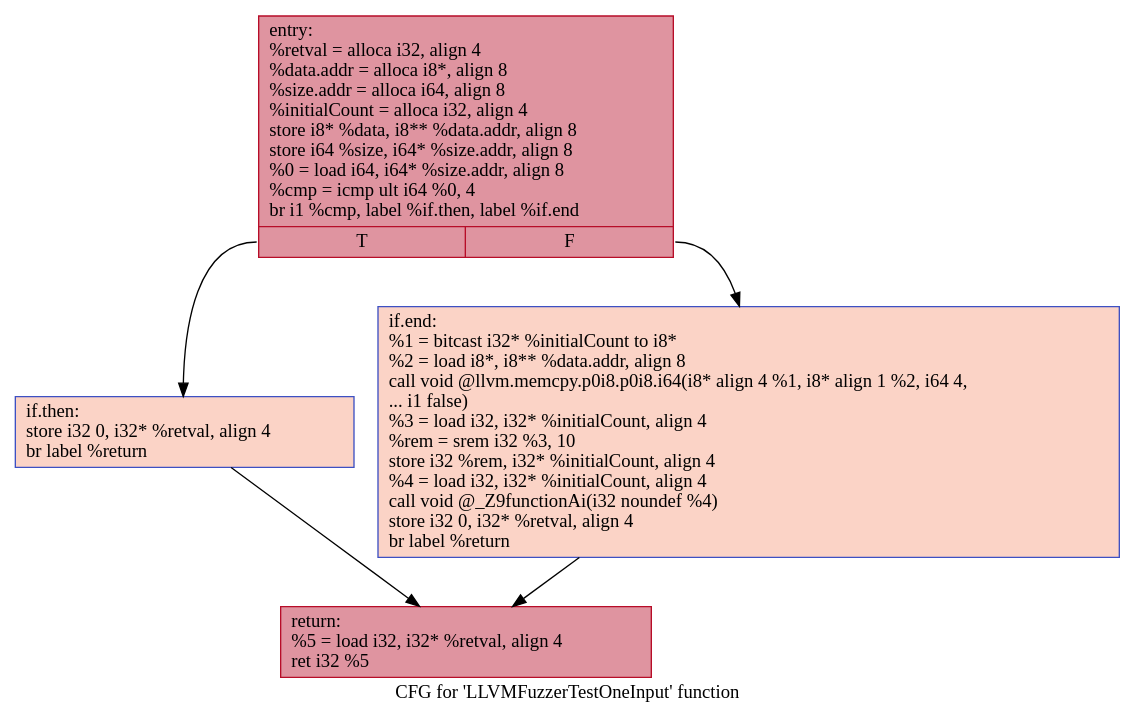
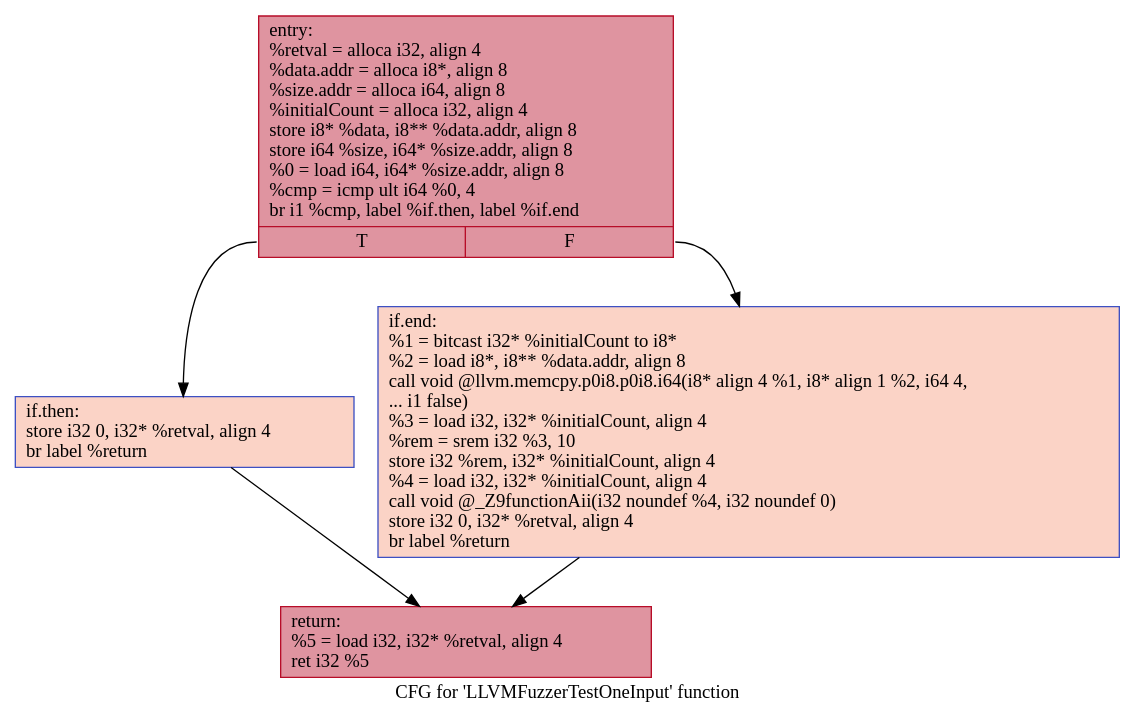
Before and after one commit to Crepuscule-v/fuzz-introspector: the diagram in dynamic_vis/example_1/work/.LLVMFuzzerTestOneInput.dot, drawn with Graphviz. The commit also changed 24 other files, not shown here.

```diff
--- a/dynamic_vis/example_1/work/.LLVMFuzzerTestOneInput.dot
+++ b/dynamic_vis/example_1/work/.LLVMFuzzerTestOneInput.dot
@@ -1,12 +1,12 @@
 digraph "CFG for 'LLVMFuzzerTestOneInput' function" {
 	label="CFG for 'LLVMFuzzerTestOneInput' function";
 
-	Node0x55e47cf67140 [shape=record,color="#b70d28ff", style=filled, fillcolor="#b70d2870",label="{entry:\l  %retval = alloca i32, align 4\l  %data.addr = alloca i8*, align 8\l  %size.addr = alloca i64, align 8\l  %initialCount = alloca i32, align 4\l  store i8* %data, i8** %data.addr, align 8\l  store i64 %size, i64* %size.addr, align 8\l  %0 = load i64, i64* %size.addr, align 8\l  %cmp = icmp ult i64 %0, 4\l  br i1 %cmp, label %if.then, label %if.end\l|{<s0>T|<s1>F}}"];
-	Node0x55e47cf67140:s0 -> Node0x55e47cf67e50;
-	Node0x55e47cf67140:s1 -> Node0x55e47cf67ec0;
-	Node0x55e47cf67e50 [shape=record,color="#3d50c3ff", style=filled, fillcolor="#f59c7d70",label="{if.then:                                          \l  store i32 0, i32* %retval, align 4\l  br label %return\l}"];
-	Node0x55e47cf67e50 -> Node0x55e47cf680d0;
-	Node0x55e47cf67ec0 [shape=record,color="#3d50c3ff", style=filled, fillcolor="#f59c7d70",label="{if.end:                                           \l  %1 = bitcast i32* %initialCount to i8*\l  %2 = load i8*, i8** %data.addr, align 8\l  call void @llvm.memcpy.p0i8.p0i8.i64(i8* align 4 %1, i8* align 1 %2, i64 4,\l... i1 false)\l  %3 = load i32, i32* %initialCount, align 4\l  %rem = srem i32 %3, 10\l  store i32 %rem, i32* %initialCount, align 4\l  %4 = load i32, i32* %initialCount, align 4\l  call void @_Z9functionAi(i32 noundef %4)\l  store i32 0, i32* %retval, align 4\l  br label %return\l}"];
-	Node0x55e47cf67ec0 -> Node0x55e47cf680d0;
-	Node0x55e47cf680d0 [shape=record,color="#b70d28ff", style=filled, fillcolor="#b70d2870",label="{return:                                           \l  %5 = load i32, i32* %retval, align 4\l  ret i32 %5\l}"];
+	Node0x5628531884e0 [shape=record,color="#b70d28ff", style=filled, fillcolor="#b70d2870",label="{entry:\l  %retval = alloca i32, align 4\l  %data.addr = alloca i8*, align 8\l  %size.addr = alloca i64, align 8\l  %initialCount = alloca i32, align 4\l  store i8* %data, i8** %data.addr, align 8\l  store i64 %size, i64* %size.addr, align 8\l  %0 = load i64, i64* %size.addr, align 8\l  %cmp = icmp ult i64 %0, 4\l  br i1 %cmp, label %if.then, label %if.end\l|{<s0>T|<s1>F}}"];
+	Node0x5628531884e0:s0 -> Node0x5628531891f0;
+	Node0x5628531884e0:s1 -> Node0x562853189260;
+	Node0x5628531891f0 [shape=record,color="#3d50c3ff", style=filled, fillcolor="#f59c7d70",label="{if.then:                                          \l  store i32 0, i32* %retval, align 4\l  br label %return\l}"];
+	Node0x5628531891f0 -> Node0x562853189470;
+	Node0x562853189260 [shape=record,color="#3d50c3ff", style=filled, fillcolor="#f59c7d70",label="{if.end:                                           \l  %1 = bitcast i32* %initialCount to i8*\l  %2 = load i8*, i8** %data.addr, align 8\l  call void @llvm.memcpy.p0i8.p0i8.i64(i8* align 4 %1, i8* align 1 %2, i64 4,\l... i1 false)\l  %3 = load i32, i32* %initialCount, align 4\l  %rem = srem i32 %3, 10\l  store i32 %rem, i32* %initialCount, align 4\l  %4 = load i32, i32* %initialCount, align 4\l  call void @_Z9functionAii(i32 noundef %4, i32 noundef 0)\l  store i32 0, i32* %retval, align 4\l  br label %return\l}"];
+	Node0x562853189260 -> Node0x562853189470;
+	Node0x562853189470 [shape=record,color="#b70d28ff", style=filled, fillcolor="#b70d2870",label="{return:                                           \l  %5 = load i32, i32* %retval, align 4\l  ret i32 %5\l}"];
 }
```
